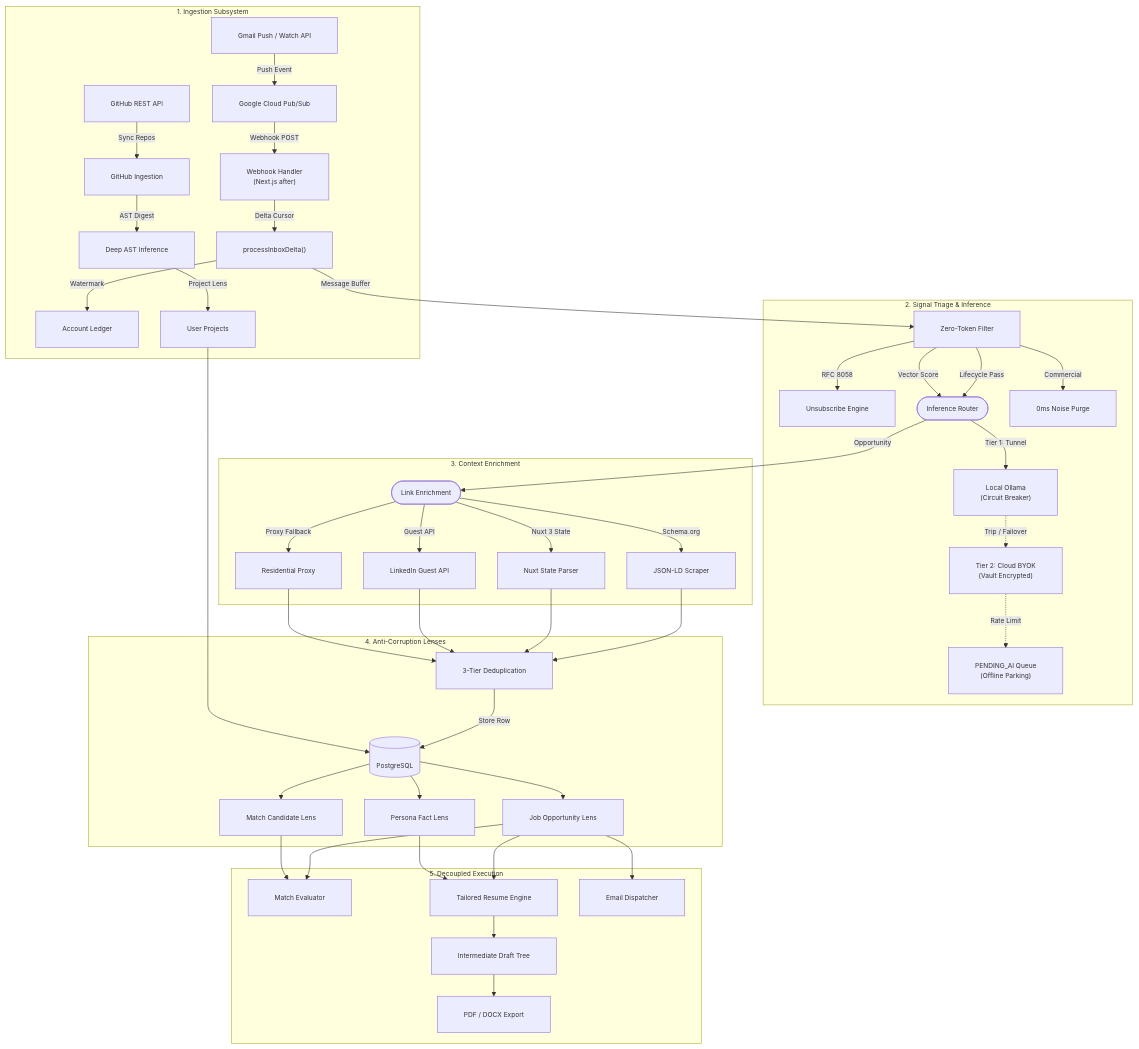
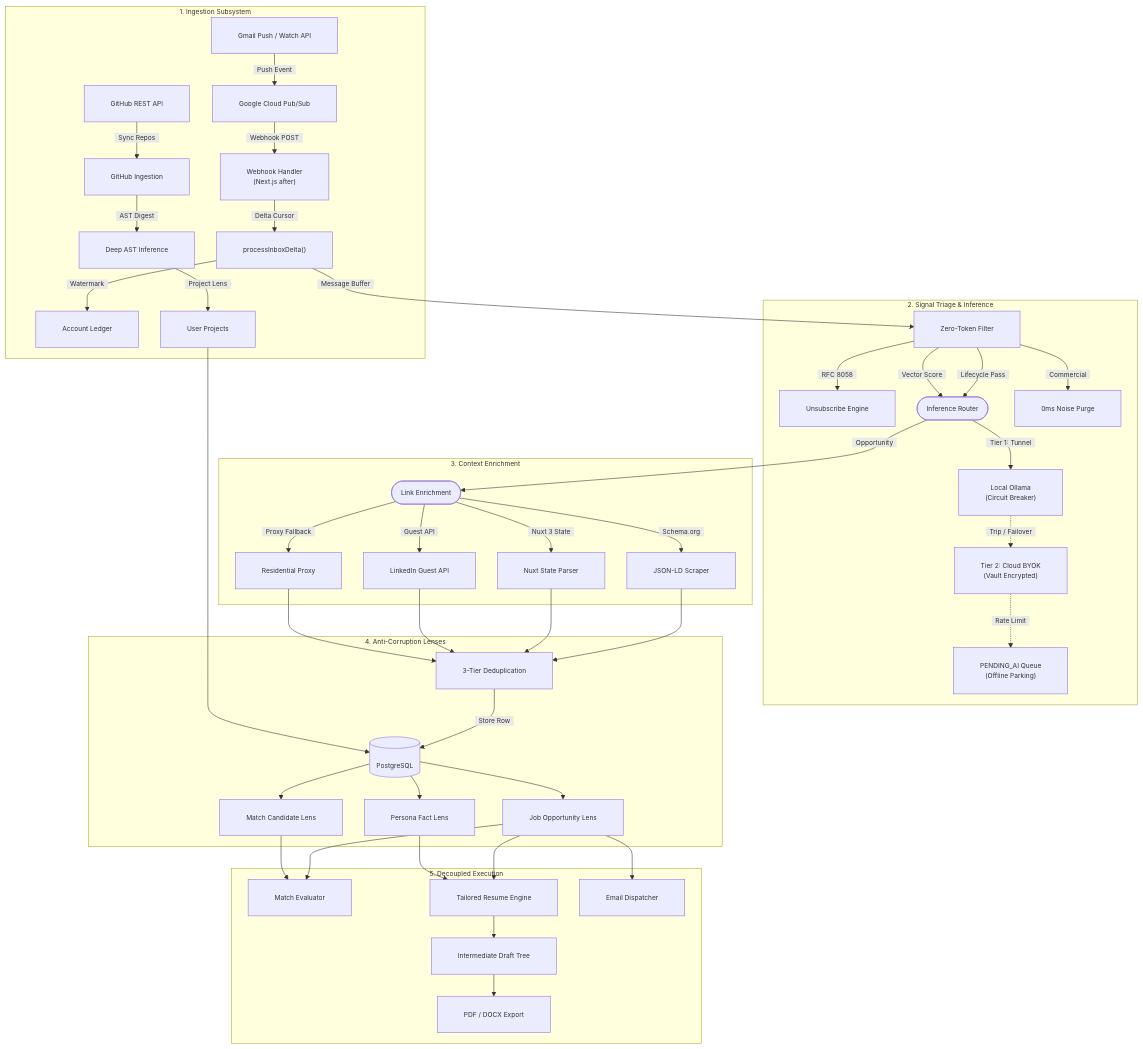
The first of 4 diagrams in README.md (Marqlo-C/mailpilot), drawn with Mermaid before and after one commit. The commit also changed other lines of this file, not shown here.

Commit message:
docs(readme): remove lightning emoji in section 8 and pad mermaid edge labels

````diff
--- a/README.md
+++ b/README.md
@@ -61,51 +61,51 @@
 ```mermaid
-%%{init: {"themeVariables": {"fontSize": "12px", "fontFamily": "-apple-system, BlinkMacSystemFont, Segoe UI, sans-serif"}, "flowchart": {"padding": 24, "nodeSpacing": 40, "rankSpacing": 40}}}%%
+%%{init: {"themeVariables": {"fontSize": "12px", "fontFamily": "-apple-system, BlinkMacSystemFont, Segoe UI, sans-serif"}, "themeCSS": ".edgeLabel foreignObject { overflow: visible !important; } .edgeLabel span { padding: 0 4px; }", "flowchart": {"padding": 24, "nodeSpacing": 40, "rankSpacing": 40}}}%%
 flowchart TD
   subgraph Ingest["1. Ingestion Subsystem"]
-    GW["Gmail Push / Watch API"] -->|Push Event| PS["Google Cloud Pub/Sub"]
-    PS -->|Webhook POST| WH["Webhook Handler<br/>(Next.js after)"]
-    WH -->|Delta Cursor| DT["processInboxDelta()"]
-    DT -->|Watermark| ACC["Account Ledger"]
+    GW["Gmail Push / Watch API"] -->|"&nbsp;&nbsp;Push Event&nbsp;&nbsp;"| PS["Google Cloud Pub/Sub"]
+    PS -->|"&nbsp;&nbsp;Webhook POST&nbsp;&nbsp;"| WH["Webhook Handler<br/>(Next.js after)"]
+    WH -->|"&nbsp;&nbsp;Delta Cursor&nbsp;&nbsp;"| DT["processInboxDelta()"]
+    DT -->|"&nbsp;&nbsp;Watermark&nbsp;&nbsp;"| ACC["Account Ledger"]
 
-    GH["GitHub REST API"] -->|Sync Repos| GHI["GitHub Ingestion"]
-    GHI -->|AST Digest| GHP["Deep AST Inference"]
-    GHP -->|Project Lens| UPJ["User Projects"]
+    GH["GitHub REST API"] -->|"&nbsp;&nbsp;Sync Repos&nbsp;&nbsp;"| GHI["GitHub Ingestion"]
+    GHI -->|"&nbsp;&nbsp;AST Digest&nbsp;&nbsp;"| GHP["Deep AST Inference"]
+    GHP -->|"&nbsp;&nbsp;Project Lens&nbsp;&nbsp;"| UPJ["User Projects"]
   end
 
   subgraph Triage["2. Signal Triage & Inference"]
-    DT -->|Message Buffer| PF["Zero-Token Filter"]
-    PF -->|RFC 8058| UNSUB["Unsubscribe Engine"]
-    PF -->|Lifecycle Pass| ROUTER(["Inference Router"])
-    PF -->|Vector Score| ROUTER
-    PF -->|Commercial| DROP["0ms Noise Purge"]
+    DT -->|"&nbsp;&nbsp;Message Buffer&nbsp;&nbsp;"| PF["Zero-Token Filter"]
+    PF -->|"&nbsp;&nbsp;RFC 8058&nbsp;&nbsp;"| UNSUB["Unsubscribe Engine"]
+    PF -->|"&nbsp;&nbsp;Lifecycle Pass&nbsp;&nbsp;"| ROUTER(["Inference Router"])
+    PF -->|"&nbsp;&nbsp;Vector Score&nbsp;&nbsp;"| ROUTER
+    PF -->|"&nbsp;&nbsp;Commercial&nbsp;&nbsp;"| DROP["0ms Noise Purge"]
 
-    ROUTER -->|Tier 1: Tunnel| OLL["Local Ollama<br/>(Circuit Breaker)"]
-    OLL -.->|Trip / Failover| BYOK["Tier 2: Cloud BYOK<br/>(Vault Encrypted)"]
-    BYOK -.->|Rate Limit| PARK["PENDING_AI Queue<br/>(Offline Parking)"]
+    ROUTER -->|"&nbsp;&nbsp;Tier 1: Tunnel&nbsp;&nbsp;"| OLL["Local Ollama<br/>(Circuit Breaker)"]
+    OLL -.->|"&nbsp;&nbsp;Trip / Failover&nbsp;&nbsp;"| BYOK["Tier 2: Cloud BYOK<br/>(Vault Encrypted)"]
+    BYOK -.->|"&nbsp;&nbsp;Rate Limit&nbsp;&nbsp;"| PARK["PENDING_AI Queue<br/>(Offline Parking)"]
   end
 
   subgraph Context["3. Context Enrichment"]
-    ROUTER -->|Opportunity| ENRICH(["Link Enrichment"])
-    ENRICH -->|Schema.org| JLD["JSON-LD Scraper"]
-    ENRICH -->|Nuxt 3 State| NUXT["Nuxt State Parser"]
-    ENRICH -->|Guest API| LI["LinkedIn Guest API"]
-    ENRICH -->|Proxy Fallback| PROXY["Residential Proxy"]
+    ROUTER -->|"&nbsp;&nbsp;Opportunity&nbsp;&nbsp;"| ENRICH(["Link Enrichment"])
+    ENRICH -->|"&nbsp;&nbsp;Schema.org&nbsp;&nbsp;"| JLD["JSON-LD Scraper"]
+    ENRICH -->|"&nbsp;&nbsp;Nuxt 3 State&nbsp;&nbsp;"| NUXT["Nuxt State Parser"]
+    ENRICH -->|"&nbsp;&nbsp;Guest API&nbsp;&nbsp;"| LI["LinkedIn Guest API"]
+    ENRICH -->|"&nbsp;&nbsp;Proxy Fallback&nbsp;&nbsp;"| PROXY["Residential Proxy"]
   end
 
   subgraph Lens["4. Anti-Corruption Lenses"]
     JLD & NUXT & LI & PROXY --> DED["3-Tier Deduplication"]
-    DED -->|Store Row| DB[("PostgreSQL")]
+    DED -->|"&nbsp;&nbsp;Store Row&nbsp;&nbsp;"| DB[("PostgreSQL")]
     UPJ --> DB
     DB --> RJO["Job Opportunity Lens"]
     DB --> MCL["Match Candidate Lens"]
     DB --> PFL["Persona Fact Lens"]
   end
 
   subgraph Consumer["5. Decoupled Execution"]
     RJO & MCL --> MATCH["Match Evaluator"]
     RJO & PFL --> TAILOR["Tailored Resume Engine"]
     RJO --> DISP["Email Dispatcher"]
     TAILOR --> DRAFT["Intermediate Draft Tree"]
     DRAFT --> EXPORT["PDF / DOCX Export"]
   end
 ```
````
